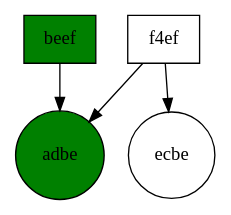
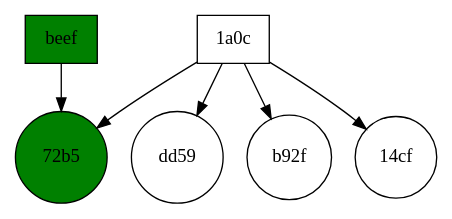
Before and after one commit to ziyadalrasbi/F20SC-CW2: the diagram in doctest-output/visitor.gv, drawn with Graphviz. The commit also changed 2 other files, not shown here.

```diff
--- a/doctest-output/visitor.gv
+++ b/doctest-output/visitor.gv
@@ -1,15 +1,19 @@
 digraph visitor {
 	graph [rank=min]
 	node [shape=rectangle]
 	"00000000deadbeef" [label=beef fillcolor=green shape=rectangle style=filled]
-	"00000000deadbeef" -> "aaaaaaaaaaaa-00000000df1ad06a86c40000000feadbe"
-	"5cc95d811cd9f4ef" [label=f4ef fillcolor=white shape=rectangle style=filled]
-	"5cc95d811cd9f4ef" -> "bbbbbbbbbbbb-00000000df1ad06a86c4000000beecbe"
-	"5cc95d811cd9f4ef" -> "aaaaaaaaaaaa-00000000df1ad06a86c40000000feadbe"
+	"00000000deadbeef" -> "100806162735-00000000115598650cb8b514246272b5"
+	"4108dc09bfe11a0c" [label="1a0c" fillcolor=white shape=rectangle style=filled]
+	"4108dc09bfe11a0c" -> "100405170355-00000000ee4bfd24d2ff703b9147dd59"
+	"4108dc09bfe11a0c" -> "100806162735-00000000115598650cb8b514246272b5"
+	"4108dc09bfe11a0c" -> "100806172045-0000000081705fbea3553bd0d745b92f"
+	"4108dc09bfe11a0c" -> "101122221951-00000000a695c340822e61891c8f14cf"
 	subgraph document {
 		graph [rank=max]
 		node [shape=circle]
-		"aaaaaaaaaaaa-00000000df1ad06a86c40000000feadbe" [label=adbe fillcolor=green shape=circle style=filled]
-		"bbbbbbbbbbbb-00000000df1ad06a86c4000000beecbe" [label=ecbe fillcolor=white shape=circle style=filled]
+		"100806162735-00000000115598650cb8b514246272b5" [label="72b5" fillcolor=green shape=circle style=filled]
+		"100405170355-00000000ee4bfd24d2ff703b9147dd59" [label=dd59 fillcolor=white shape=circle style=filled]
+		"100806172045-0000000081705fbea3553bd0d745b92f" [label=b92f fillcolor=white shape=circle style=filled]
+		"101122221951-00000000a695c340822e61891c8f14cf" [label="14cf" fillcolor=white shape=circle style=filled]
 	}
 }
```
